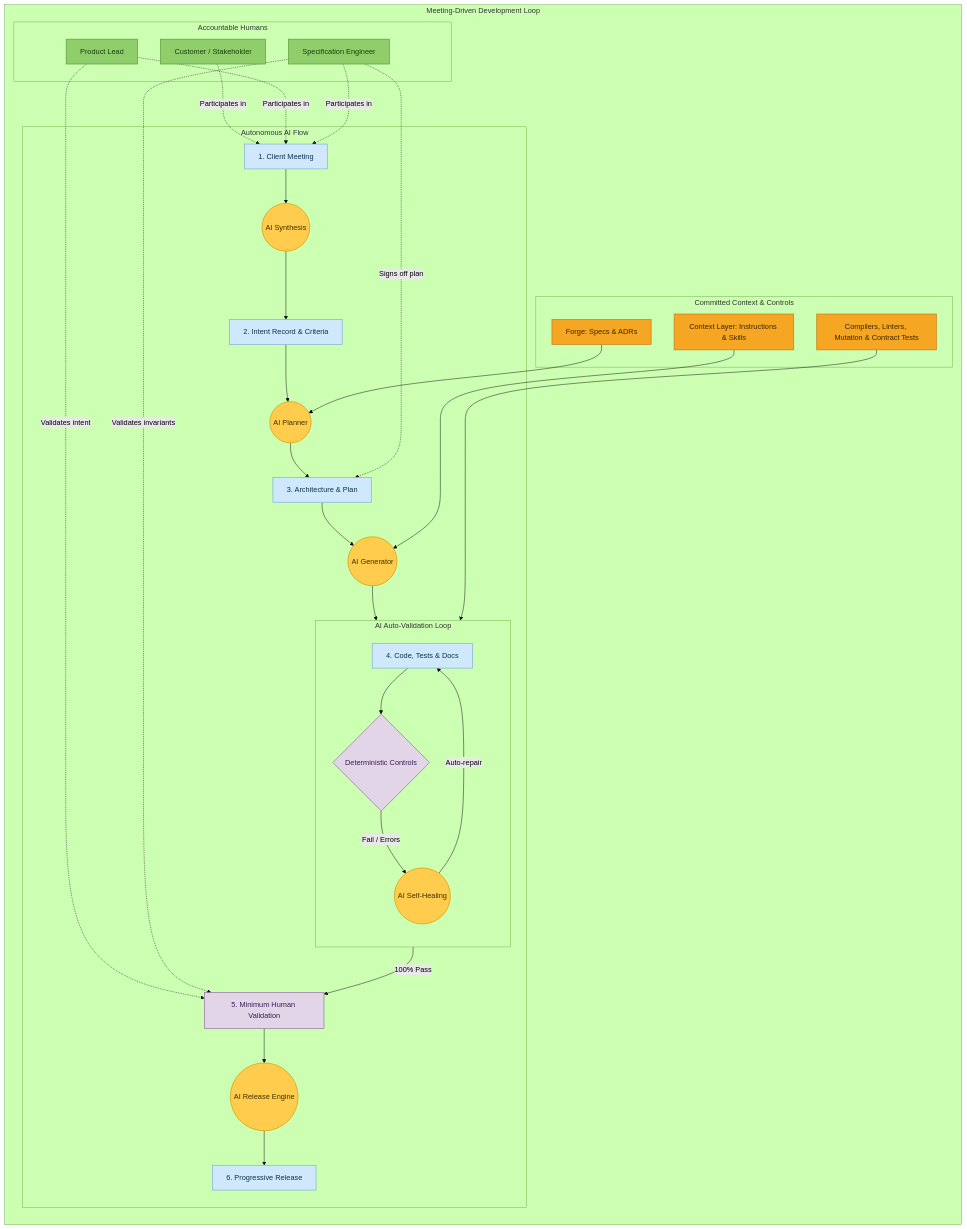
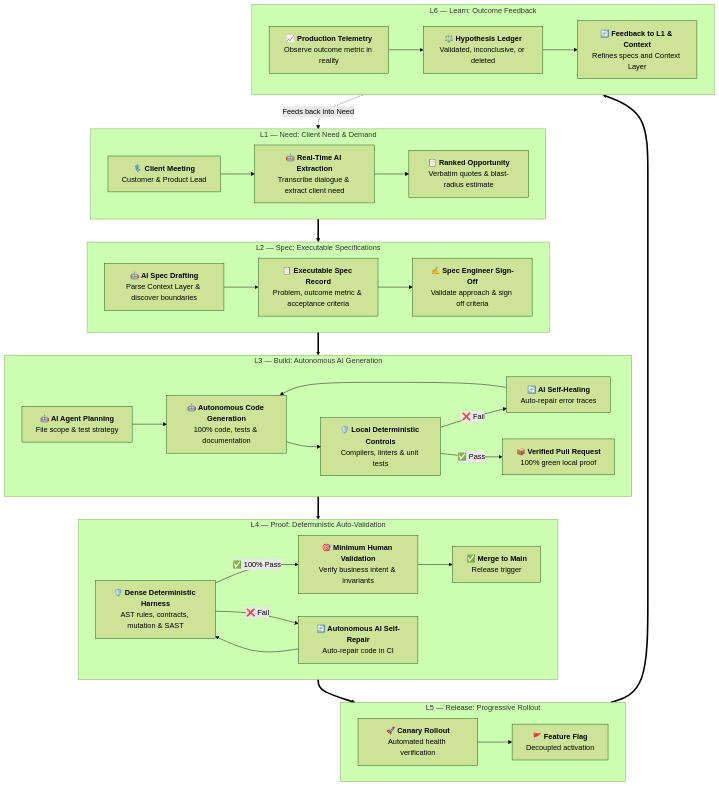
One commit to ALTEN-group/agentic-software-factory changed the diagram in website/docs/index.md. Above: the diagram before and after it, drawn with Mermaid (forest theme). The commit also changed other lines of this file and 27 other files, not shown here.

````diff
--- a/website/docs/index.md
+++ b/website/docs/index.md
@@ -50,60 +48,58 @@
 ```mermaid
 ---
-caption: Meeting-Driven Development — autonomous flow from client meeting to release
+caption: Meeting-Driven Development — the 6-layer operational lifecycle from client meeting to production release
 ---
-flowchart LR
-    subgraph MDD ["Meeting-Driven Development Loop"]
-        direction TB
-
-        subgraph Actors ["Accountable Humans"]
-            CUST["Customer / Stakeholder"]
-            PO["Product Lead"]
-            ENG["Specification Engineer"]
-        end
-
-        subgraph Process ["Autonomous AI Flow"]
-            MEET["1. Client Meeting"] --> L1(("AI Synthesis"))
-            L1 --> INTENT["2. Intent Record & Criteria"]
-            INTENT --> L2(("AI Planner"))
-            L2 --> PLAN["3. Architecture & Plan"]
-            PLAN --> L3(("AI Generator"))
-            L3 --> CODE["4. Code, Tests & Docs"]
-            
-            subgraph AutoVal ["AI Auto-Validation Loop"]
-                direction TB
-                CODE --> DC{"Deterministic Controls"}
-                DC -->|Fail / Errors| SH(("AI Self-Healing"))
-                SH -->|Auto-repair| CODE
-            end
-            
-            DC -->|100% Pass| MHV["5. Minimum Human Validation"]
-            MHV --> L5(("AI Release Engine"))
-            L5 --> RELEASE["6. Progressive Release"]
-        end
-
-        subgraph ContextKnowledge ["Committed Context & Controls"]
-            FORGE["Forge: Specs & ADRs"] --> L2
-            CTX["Context Layer: Instructions & Skills"] --> L3
-            HARNESS["Compilers, Linters, Mutation & Contract Tests"] --> DC
-        end
-
-        CUST -. Participates in .-> MEET
-        PO -. Participates in .-> MEET
-        ENG -. Participates in .-> MEET
-        ENG -. Signs off plan .-> PLAN
-        PO -. Validates intent .-> MHV
-        ENG -. Validates invariants .-> MHV
+flowchart TD
+    subgraph L1 ["L1 — Need: Client Need & Demand"]
+        direction LR
+        S_IN["<b>🎙️ Client Meeting</b><br/>Customer & Product Lead"]
+        --> S_AI["<b>🤖 Real-Time AI Extraction</b><br/>Transcribe dialogue & extract client need"]
+        --> S_OUT["<b>📋 Ranked Opportunity</b><br/>Verbatim quotes & blast-radius estimate"]
     end
 
-    classDef people fill:#8fce6a,stroke:#5a9c3a,color:#1a3d0a,stroke-width:1.5px;
-    classDef ai fill:#ffcc4d,stroke:#d99a00,color:#3d2e00,stroke-width:1.5px;
-    classDef task fill:#cfe8fb,stroke:#7fb3d9,color:#0a3050,stroke-width:1.5px;
-    classDef context fill:#f5a623,stroke:#c9791a,color:#3d2400,stroke-width:1.5px;
-    classDef gate fill:#e1d5e7,stroke:#9673a6,color:#3b1e54,stroke-width:1.5px;
+    subgraph L2 ["L2 — Spec: Executable Specifications"]
+        direction LR
+        I_AI["<b>🤖 AI Spec Drafting</b><br/>Parse Context Layer & discover boundaries"]
+        --> I_OUT["<b>📋 Executable Spec Record</b><br/>Problem, outcome metric & acceptance criteria"]
+        --> I_SIGN["<b>✍️ Spec Engineer Sign-Off</b><br/>Validate approach & sign off criteria"]
+    end
 
-    class CUST,PO,ENG people;
-    class L1,L2,L3,SH,L5 ai;
-    class MEET,INTENT,PLAN,CODE,RELEASE task;
-    class FORGE,CTX,HARNESS context;
-    class DC,MHV gate;
+    subgraph L3 ["L3 — Build: Autonomous AI Generation"]
+        direction LR
+        B_PLAN["<b>🤖 AI Agent Planning</b><br/>File scope & test strategy"]
+        --> B_GEN["<b>🤖 Autonomous Code Generation</b><br/>100% code, tests & documentation"]
+        --> B_LOCAL["<b>🛡️ Local Deterministic Controls</b><br/>Compilers, linters & unit tests"]
+        B_LOCAL -->|❌ Fail| B_HEAL["<b>🔄 AI Self-Healing</b><br/>Auto-repair error traces"]
+        B_HEAL --> B_GEN
+        B_LOCAL -->|✅ Pass| B_PR["<b>📦 Verified Pull Request</b><br/>100% green local proof"]
+    end
+
+    subgraph L4 ["L4 — Proof: Deterministic Auto-Validation"]
+        direction LR
+        P_CI["<b>🛡️ Dense Deterministic Harness</b><br/>AST rules, contracts, mutation & SAST"]
+        -->|✅ 100% Pass| P_MHV["<b>🎯 Minimum Human Validation</b><br/>Verify business intent & invariants"]
+        --> P_MERGE["<b>✅ Merge to Main</b><br/>Release trigger"]
+        P_CI -->|❌ Fail| P_HEAL["<b>🔄 Autonomous AI Self-Repair</b><br/>Auto-repair code in CI"]
+        P_HEAL --> P_CI
+    end
+
+    subgraph L5 ["L5 — Release: Progressive Rollout"]
+        direction LR
+        R_CANARY["<b>🚀 Canary Rollout</b><br/>Automated health verification"]
+        --> R_FLAG["<b>🚩 Feature Flag</b><br/>Decoupled activation"]
+    end
+
+    subgraph L6 ["L6 — Learn: Outcome Feedback"]
+        direction LR
+        M_TELE["<b>📈 Production Telemetry</b><br/>Observe outcome metric in reality"]
+        --> M_LEDGER["<b>⚖️ Hypothesis Ledger</b><br/>Validated, inconclusive, or deleted"]
+        --> M_LOOP["<b>🔄 Feedback to L1 & Context</b><br/>Refines specs and Context Layer"]
+    end
+
+    S_OUT ==> I_AI
+    I_SIGN ==> B_PLAN
+    B_PR ==> P_CI
+    P_MERGE ==> R_CANARY
+    R_FLAG ==> M_TELE
+    M_LOOP -. Feeds back into Need .-> S_IN
 ```
````
